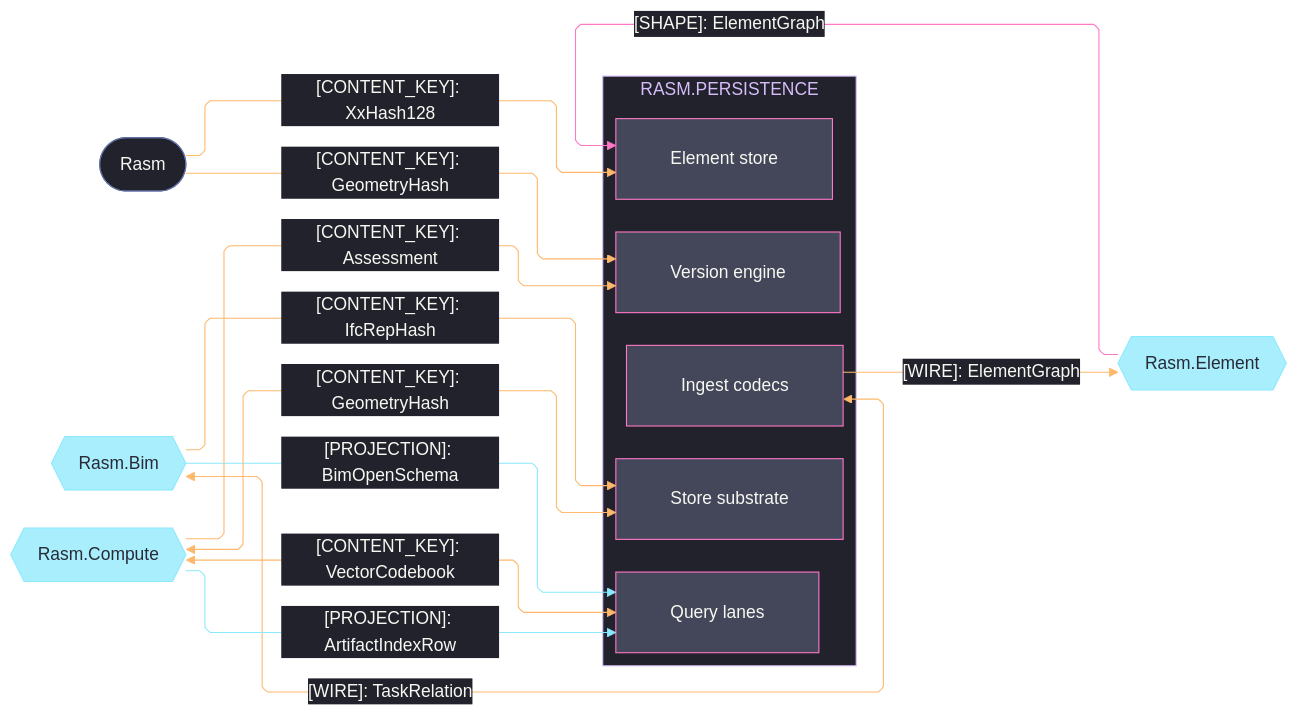
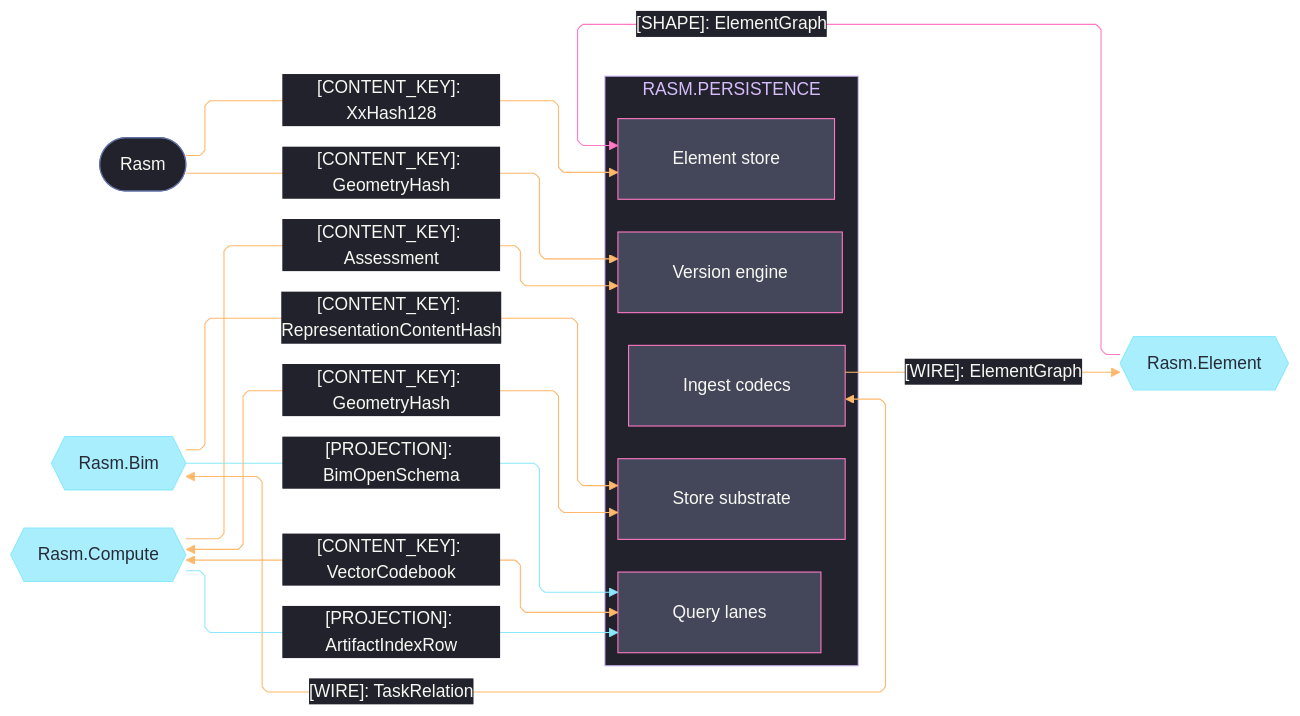
One commit to bsamiee/Rasm changed the first of 3 diagrams in libs/csharp/Rasm.Persistence/ARCHITECTURE.md. Above: the diagram before and after it, drawn with Mermaid. The commit also changed other lines of this file and 80 other files, not shown here.

````diff
--- a/libs/csharp/Rasm.Persistence/ARCHITECTURE.md
+++ b/libs/csharp/Rasm.Persistence/ARCHITECTURE.md
@@ -47,65 +48,65 @@
 ```mermaid
 ---
 config:
   theme: base
   look: classic
   layout: elk
   flowchart:
     curve: linear
     padding: 25
   themeVariables:
     darkMode: true
     fontFamily: "SF Mono, Menlo, Cascadia Mono, Segoe UI Mono, Consolas, monospace"
     useGradient: false
     dropShadow: "none"
     background: "#282A36"
     primaryColor: "#44475A"
     primaryTextColor: "#F8F8F2"
     primaryBorderColor: "#BD93F9"
     lineColor: "#FF79C6"
     textColor: "#F8F8F2"
     clusterBkg: "#21222C"
     clusterBorder: "#D6BCFA"
     edgeLabelBackground: "#21222C"
     labelBackgroundColor: "#21222C"
     titleColor: "#D6BCFA"
   themeCSS: ".nodeLabel{font-size:13px;font-weight:500}.edgeLabel{font-size:12px;font-weight:500}.cluster-label .nodeLabel{font-size:13.5px;font-weight:700;letter-spacing:.08em}.edge-thickness-normal{stroke-width:2px}.edge-thickness-thick{stroke-width:3px}.edge-pattern-dashed,.edge-pattern-dotted{stroke-width:1.5px;stroke-dasharray:4 6}.node rect,.node circle,.node polygon,.node path,.node .outer-path{stroke-width:1.5px;filter:none!important}.cluster rect{stroke-width:1px!important;stroke-dasharray:5 4!important;filter:none!important}.marker path{transform:scale(.8);transform-origin:5px 5px}.marker circle{transform:scale(.48);transform-origin:5px 5px}.edgeLabel rect{transform-box:fill-box;transform-origin:center;transform:scale(1.1,1.2)}"
 ---
 flowchart LR
     accTitle: Persistence domain and kernel content seams
     accDescr: Persistence sub-domain owners exchanging shapes, content keys, and projections with the kernel and the AEC peers Element, Bim, and Compute, edge rails colored by kind and nodes classed by seam direction.
     subgraph persistence[RASM.PERSISTENCE]
         Element[Element store]
         Version[Version engine]
         Query[Query lanes]
         Ingest[Ingest codecs]
         Store[Store substrate]
     end
     RasmElement{{Rasm.Element}}
     Rasm([Rasm])
     Bim{{Rasm.Bim}}
     Compute{{Rasm.Compute}}
     RasmElement e1@-->|"[SHAPE]: ElementGraph"| Element
     Ingest e2@-->|"[WIRE]: ElementGraph"| RasmElement
     Rasm e3@-->|"[CONTENT_KEY]: XxHash128"| Element
     Rasm e4@-->|"[CONTENT_KEY]: GeometryHash"| Version
     Bim e5@-->|"[PROJECTION]: BimOpenSchema"| Query
-    Bim e6@-->|"[CONTENT_KEY]: IfcRepHash"| Store
+    Bim e6@-->|"[CONTENT_KEY]: RepresentationContentHash"| Store
     Ingest e7@<-->|"[WIRE]: TaskRelation"| Bim
     Compute e8@-->|"[CONTENT_KEY]: Assessment"| Version
     Compute e9@<-->|"[CONTENT_KEY]: VectorCodebook"| Query
     Compute e10@-->|"[PROJECTION]: ArtifactIndexRow"| Query
     Compute e11@<-->|"[CONTENT_KEY]: GeometryHash"| Store
     classDef primary fill:#44475A,stroke:#FF79C6,color:#F8F8F2
     classDef external fill:#8BE9FDBF,stroke:#8BE9FD,color:#282A36
     classDef annotation fill:#21222C,stroke:#6272A4,color:#F8F8F2
     classDef edgeData stroke:#FFB86C,color:#F8F8F2
     classDef edgeControl stroke:#FF79C6,color:#F8F8F2
     classDef edgeExternal stroke:#8BE9FD,color:#F8F8F2
     class Element,Version,Query,Ingest,Store primary
     class RasmElement,Bim,Compute external
     class Rasm annotation
     class e2,e3,e4,e6,e7,e8,e9,e11 edgeData
     class e1 edgeControl
     class e5,e10 edgeExternal
 ```
````
